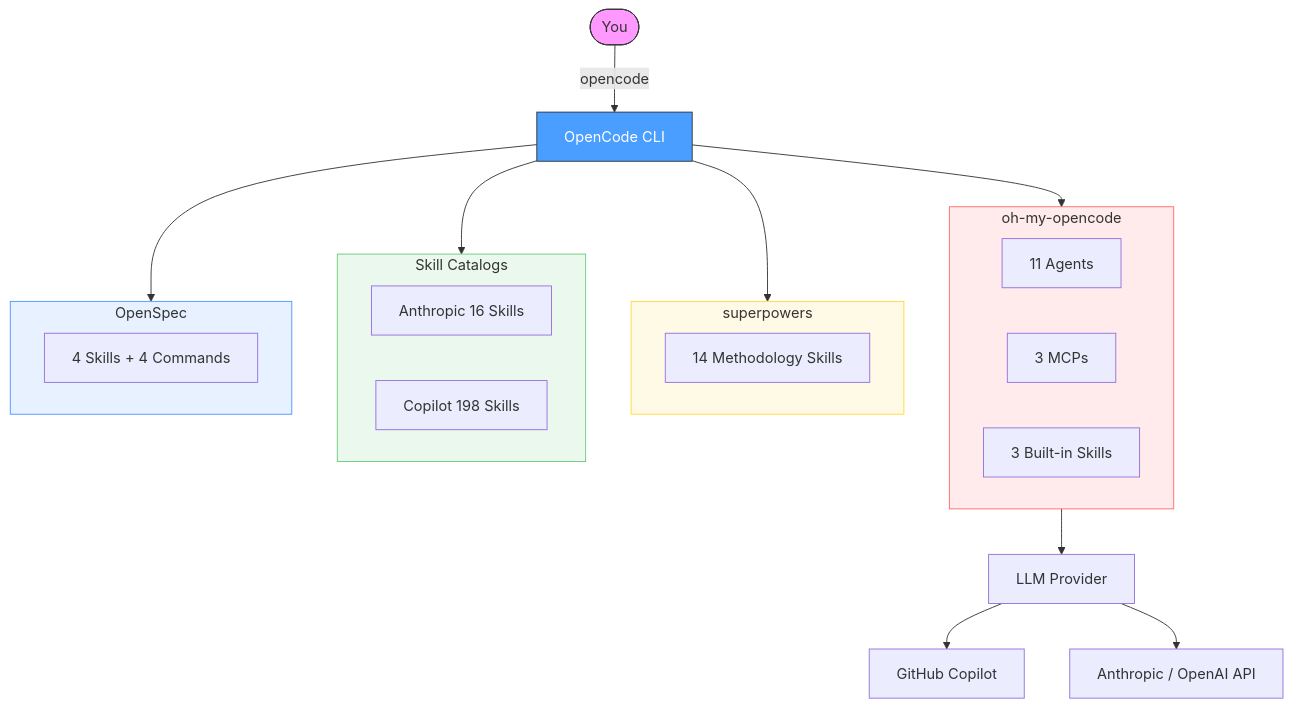
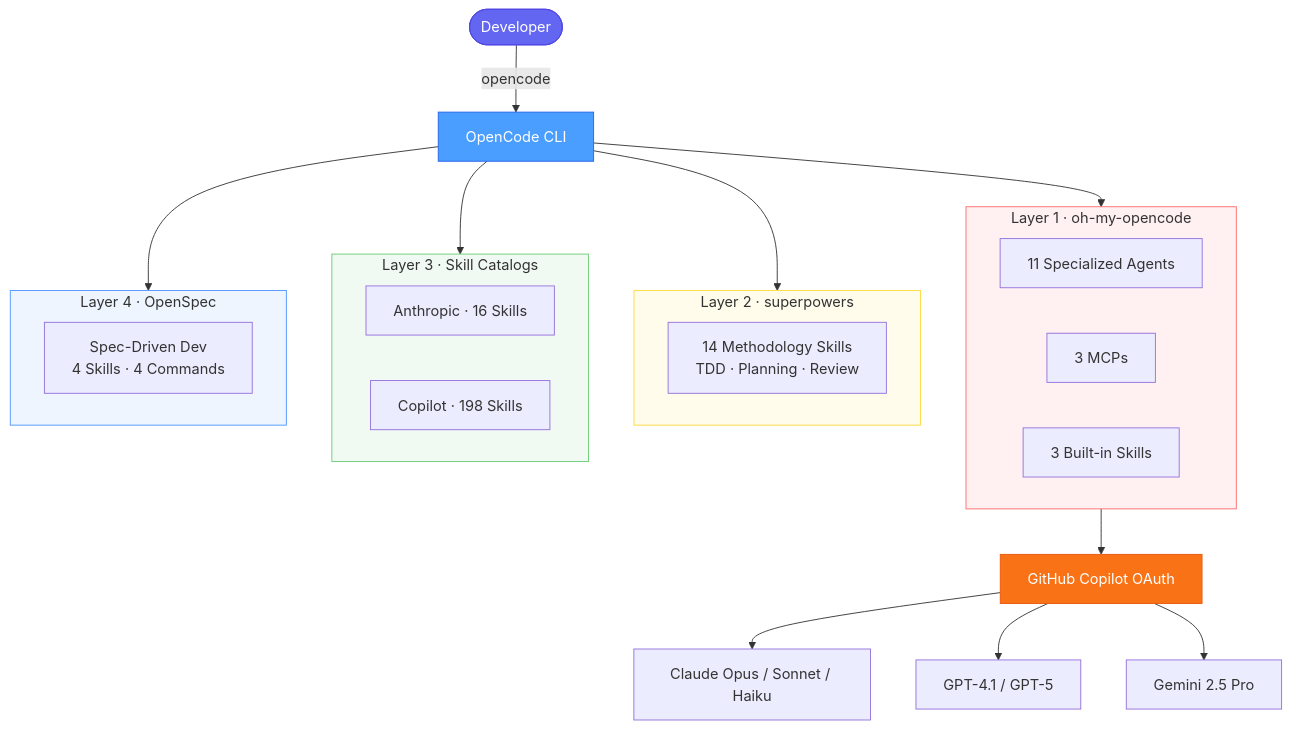
The diagram in README.md (ppea/my_AI_workspace), drawn with Mermaid before and after one commit. The commit also changed other lines of this file, not shown here.

Commit message:
Rewrite README: promotion-focused copy with benefits, model table, and cleaner architecture

````diff
--- a/README.md
+++ b/README.md
@@ -11,43 +229,45 @@
 ```mermaid
 graph TB
-    You([You]) -->|opencode| OC[OpenCode CLI]
+    You([Developer]) -->|opencode| OC[OpenCode CLI]
 
     OC --> L1
     OC --> L2
     OC --> L3
     OC --> L4
 
-    subgraph L1 [oh-my-opencode]
+    subgraph L1 [Layer 1 · oh-my-opencode]
         direction LR
-        Agents[11 Agents]
-        MCPs[3 MCPs]
-        BuiltIn[3 Built-in Skills]
+        AG[11 Specialized Agents]
+        MC[3 MCPs]
+        BS[3 Built-in Skills]
     end
 
-    subgraph L2 [superpowers]
+    subgraph L2 [Layer 2 · superpowers]
         direction LR
-        SP[14 Methodology Skills]
+        SP[14 Methodology Skills<br/>TDD · Planning · Review]
     end
 
-    subgraph L3 [Skill Catalogs]
+    subgraph L3 [Layer 3 · Skill Catalogs]
         direction LR
-        AN[Anthropic 16 Skills]
-        CP[Copilot 198 Skills]
+        AN[Anthropic · 16 Skills]
+        CP[Copilot · 198 Skills]
     end
 
-    subgraph L4 [OpenSpec]
+    subgraph L4 [Layer 4 · OpenSpec]
         direction LR
-        OS[4 Skills + 4 Commands]
+        OS[Spec-Driven Dev<br/>4 Skills · 4 Commands]
     end
 
-    L1 --> LLM[LLM Provider]
-    LLM --> GH[GitHub Copilot]
-    LLM --> API[Anthropic / OpenAI API]
+    L1 --> LLM[GitHub Copilot OAuth]
+    LLM --> M1[Claude Opus / Sonnet / Haiku]
+    LLM --> M2[GPT-4.1 / GPT-5]
+    LLM --> M3[Gemini 2.5 Pro]
 
-    style You fill:#f9f,stroke:#333
-    style OC fill:#4a9eff,stroke:#333,color:#fff
-    style L1 fill:#ff6b6b22,stroke:#ff6b6b
-    style L2 fill:#ffd93d22,stroke:#ffd93d
-    style L3 fill:#6bcb7722,stroke:#6bcb77
-    style L4 fill:#4d96ff22,stroke:#4d96ff
+    style You fill:#6366f1,stroke:#4f46e5,color:#fff
+    style OC fill:#4a9eff,stroke:#2563eb,color:#fff
+    style L1 fill:#ff6b6b18,stroke:#ff6b6b
+    style L2 fill:#ffd93d18,stroke:#ffd93d
+    style L3 fill:#6bcb7718,stroke:#6bcb77
+    style L4 fill:#4d96ff18,stroke:#4d96ff
+    style LLM fill:#f97316,stroke:#ea580c,color:#fff
 ```
````
